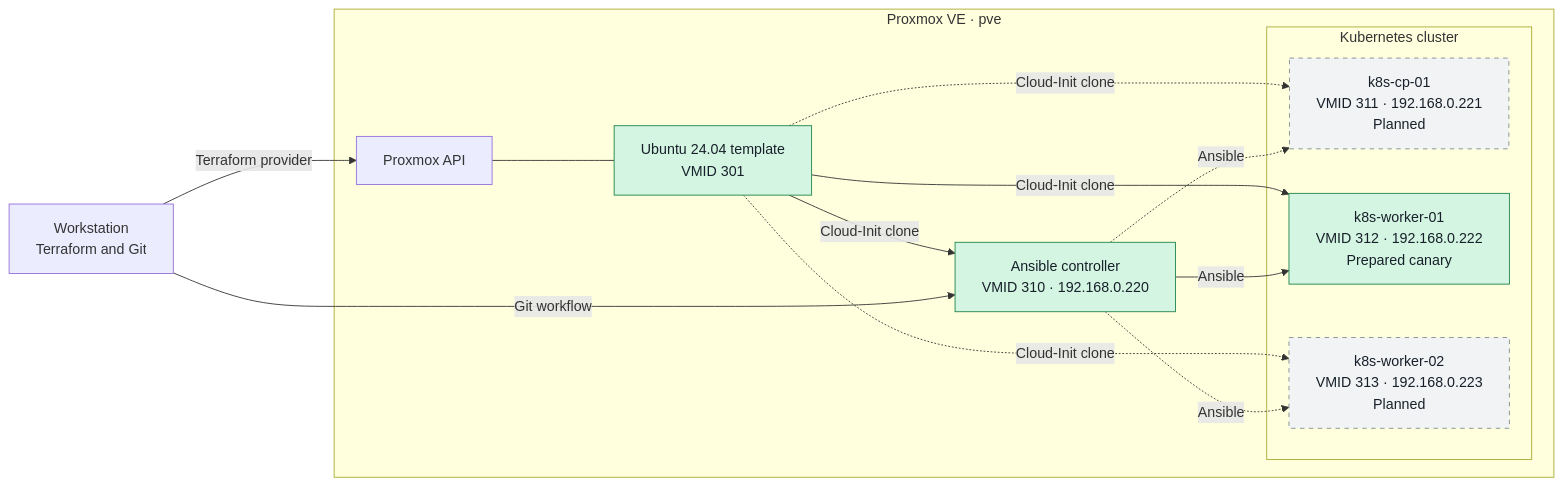
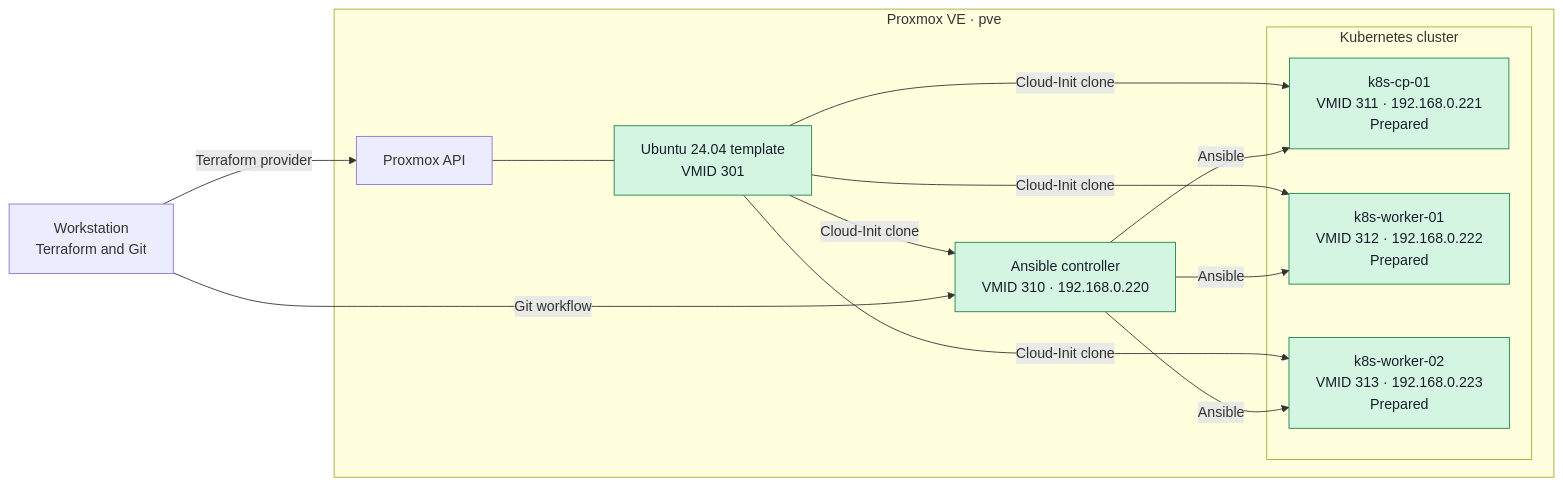
Before and after one commit to OStach-adm01/terraform-lab: the diagram in README.md, drawn with Mermaid. The commit also changed other lines of this file and 2 other files, not shown here.

````diff
--- a/README.md
+++ b/README.md
@@ -33,32 +33,30 @@
 ```mermaid
 flowchart LR
     workstation["Workstation<br/>Terraform and Git"]
 
     subgraph proxmox["Proxmox VE · pve"]
         api["Proxmox API"]
         template["Ubuntu 24.04 template<br/>VMID 301"]
         controller["Ansible controller<br/>VMID 310 · 192.168.0.220"]
 
         subgraph cluster["Kubernetes cluster"]
-            cp["k8s-cp-01<br/>VMID 311 · 192.168.0.221<br/>Planned"]
-            worker1["k8s-worker-01<br/>VMID 312 · 192.168.0.222<br/>Prepared canary"]
-            worker2["k8s-worker-02<br/>VMID 313 · 192.168.0.223<br/>Planned"]
+            cp["k8s-cp-01<br/>VMID 311 · 192.168.0.221<br/>Prepared"]
+            worker1["k8s-worker-01<br/>VMID 312 · 192.168.0.222<br/>Prepared"]
+            worker2["k8s-worker-02<br/>VMID 313 · 192.168.0.223<br/>Prepared"]
         end
     end
 
     workstation -->|"Terraform provider"| api
     api --- template
     template -->|"Cloud-Init clone"| controller
-    template -.->|"Cloud-Init clone"| cp
+    template -->|"Cloud-Init clone"| cp
     template -->|"Cloud-Init clone"| worker1
-    template -.->|"Cloud-Init clone"| worker2
+    template -->|"Cloud-Init clone"| worker2
     workstation -->|"Git workflow"| controller
-    controller -.->|"Ansible"| cp
+    controller -->|"Ansible"| cp
     controller -->|"Ansible"| worker1
-    controller -.->|"Ansible"| worker2
+    controller -->|"Ansible"| worker2
 
     classDef active fill:#d5f5e3,stroke:#1e8449,color:#17202a;
-    classDef planned fill:#f2f3f4,stroke:#7f8c8d,color:#17202a,stroke-dasharray: 5 5;
-    class template,controller,worker1 active;
-    class cp,worker2 planned;
+    class template,controller,cp,worker1,worker2 active;
 ```
````
